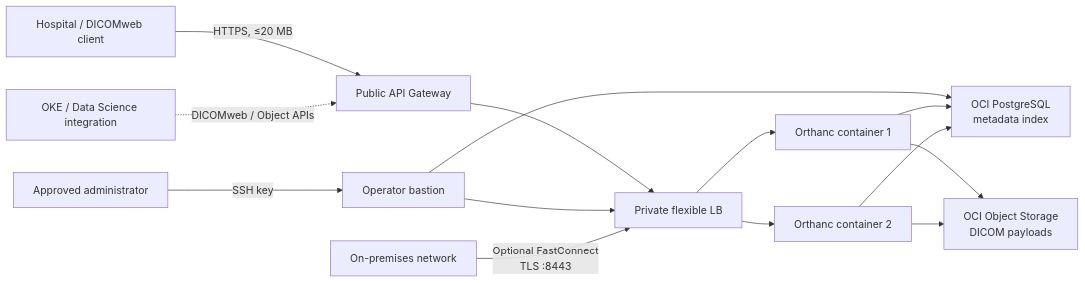
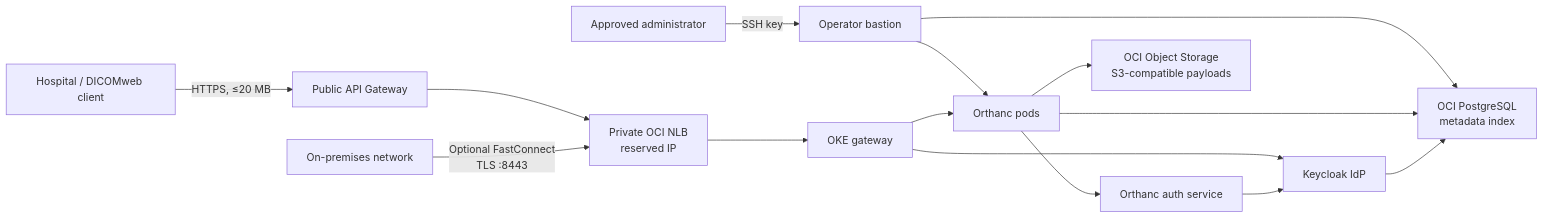
The diagram in README.md (dranicu/oci-dicom-store), drawn with Mermaid before and after one commit. The commit also changed other lines of this file and 29 other files, not shown here.

Commit message:
feat: migrate Orthanc to OKE with Keycloak RBAC

````diff
--- a/README.md
+++ b/README.md
@@ -28,14 +29,17 @@
 ```mermaid
 flowchart LR
   Client["Hospital / DICOMweb client"] -->|"HTTPS, ≤20 MB"| APIGW["Public API Gateway"]
   Admin["Approved administrator"] -->|"SSH key"| Bastion["Operator bastion"]
-  APIGW --> PLB["Private flexible LB"]
-  Bastion --> PLB
+  APIGW --> NLB["Private OCI NLB<br/>reserved IP"]
+  Bastion --> OKE
   Bastion --> PG
-  PLB --> O1["Orthanc container 1"]
-  PLB --> O2["Orthanc container 2"]
-  O1 & O2 --> PG["OCI PostgreSQL<br/>metadata index"]
-  O1 & O2 --> OS["OCI Object Storage<br/>DICOM payloads"]
-  OnPrem["On-premises network"] -->|"Optional FastConnect<br/>TLS :8443"| PLB
-  AI["OKE / Data Science integration"] -. "DICOMweb / Object APIs" .-> APIGW
+  NLB --> Proxy["OKE gateway"]
+  Proxy --> OKE["Orthanc pods"]
+  Proxy --> KC["Keycloak IdP"]
+  OKE --> Auth["Orthanc auth service"]
+  Auth --> KC
+  OKE --> PG["OCI PostgreSQL<br/>metadata index"]
+  KC --> PG
+  OKE --> OS["OCI Object Storage<br/>S3-compatible payloads"]
+  OnPrem["On-premises network"] -->|"Optional FastConnect<br/>TLS :8443"| NLB
 ```
````
